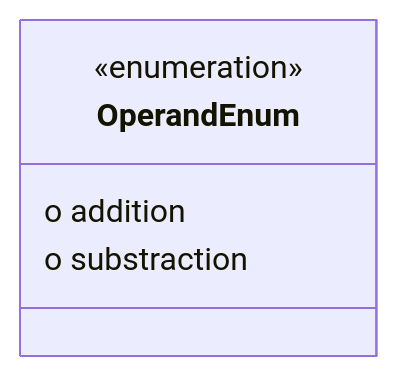
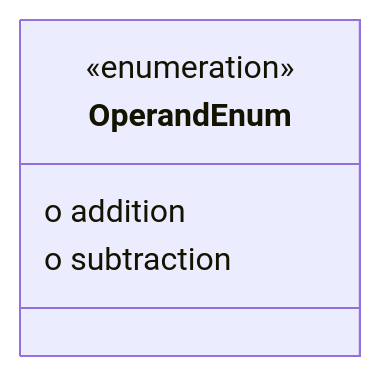
One commit to codexstanford/Insurance-Payout-Ontology changed the diagram in datamodel-build/mermaid/OperandEnum.mmd. Above: the diagram before and after it, drawn with Mermaid. The commit also changed 3695 other files, not shown here.

Commit message:
simpliofying model temporarly, moving schema description to another folder

```diff
--- a/datamodel-build/mermaid/OperandEnum.mmd
+++ b/datamodel-build/mermaid/OperandEnum.mmd
@@ -1,6 +1,6 @@
 classDiagram
   class OperandEnum {
 <<enumeration>>
   o addition
-  o substraction
+  o subtraction
  }
```
